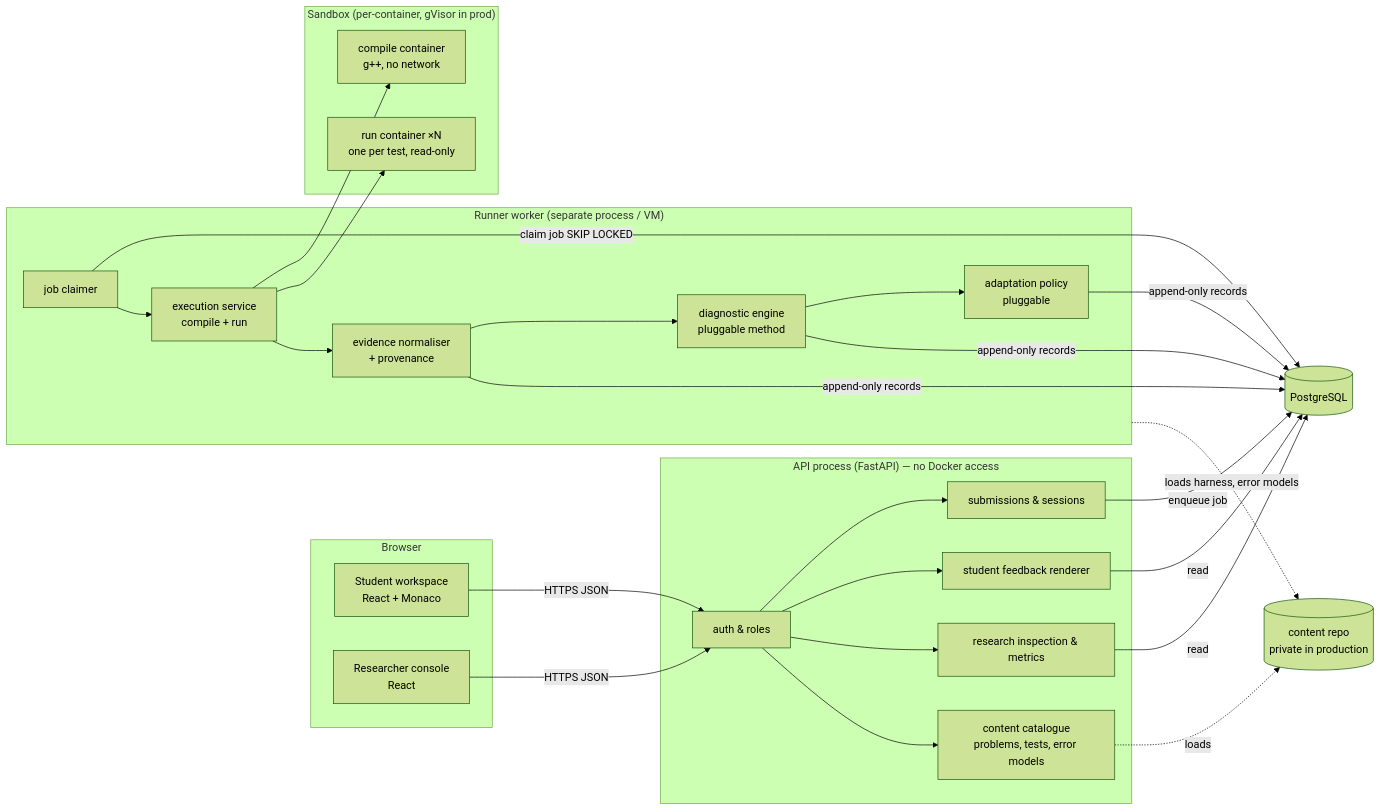
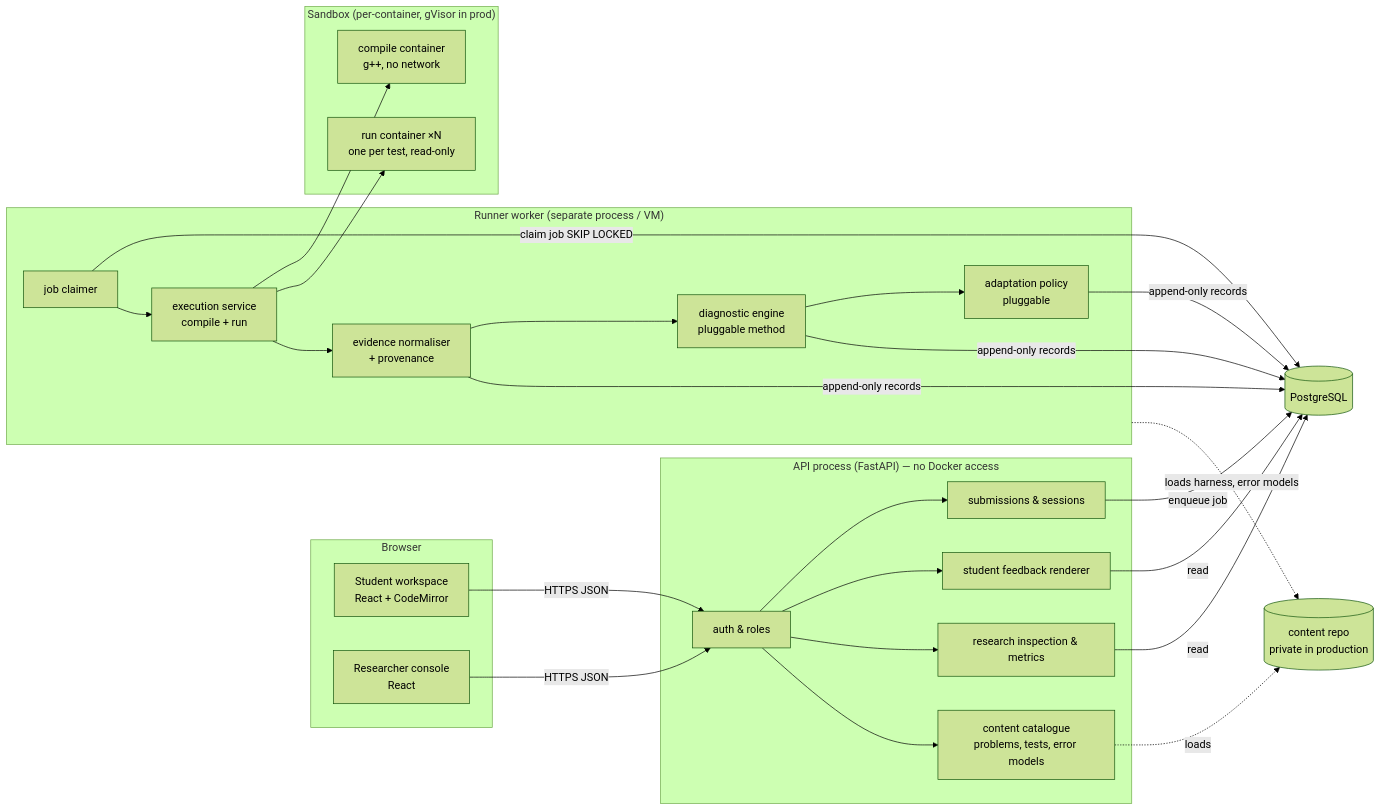
The first of 3 diagrams in docs/architecture.md (rupinderkaur1904/codeadapt), drawn with Mermaid (forest theme) before and after one commit. The commit also changed other lines of this file and 47 other files, not shown here.

First line of the commit message:
M4: student workspace in the browser

````diff
--- a/docs/architecture.md
+++ b/docs/architecture.md
@@ -62,43 +62,43 @@
 ```mermaid
 flowchart LR
   subgraph Browser
-    SW[Student workspace<br/>React + Monaco]
+    SW[Student workspace<br/>React + CodeMirror]
     RW[Researcher console<br/>React]
   end
 
   subgraph API["API process (FastAPI) — no Docker access"]
     AUTH[auth & roles]
     SUB[submissions & sessions]
     CAT[content catalogue<br/>problems, tests, error models]
     FB[student feedback renderer]
     RES[research inspection & metrics]
   end
 
   subgraph Worker["Runner worker (separate process / VM)"]
     Q[job claimer]
     EXE[execution service<br/>compile + run]
     EV[evidence normaliser<br/>+ provenance]
     DX[diagnostic engine<br/>pluggable method]
     AD[adaptation policy<br/>pluggable]
   end
 
   subgraph Sandbox["Sandbox (per-container, gVisor in prod)"]
     CC[compile container<br/>g++, no network]
     RC[run container ×N<br/>one per test, read-only]
   end
 
   DB[(PostgreSQL)]
   CONTENT[(content repo<br/>private in production)]
 
   SW -- HTTPS JSON --> AUTH
   RW -- HTTPS JSON --> AUTH
   AUTH --> SUB & FB & RES & CAT
   SUB -- enqueue job --> DB
   Q -- claim job SKIP LOCKED --> DB
   Q --> EXE --> CC & RC
   EXE --> EV --> DX --> AD
   EV & DX & AD -- append-only records --> DB
   FB & RES -- read --> DB
   CAT -. loads .-> CONTENT
   Worker -. loads harness, error models .-> CONTENT
 ```
````
